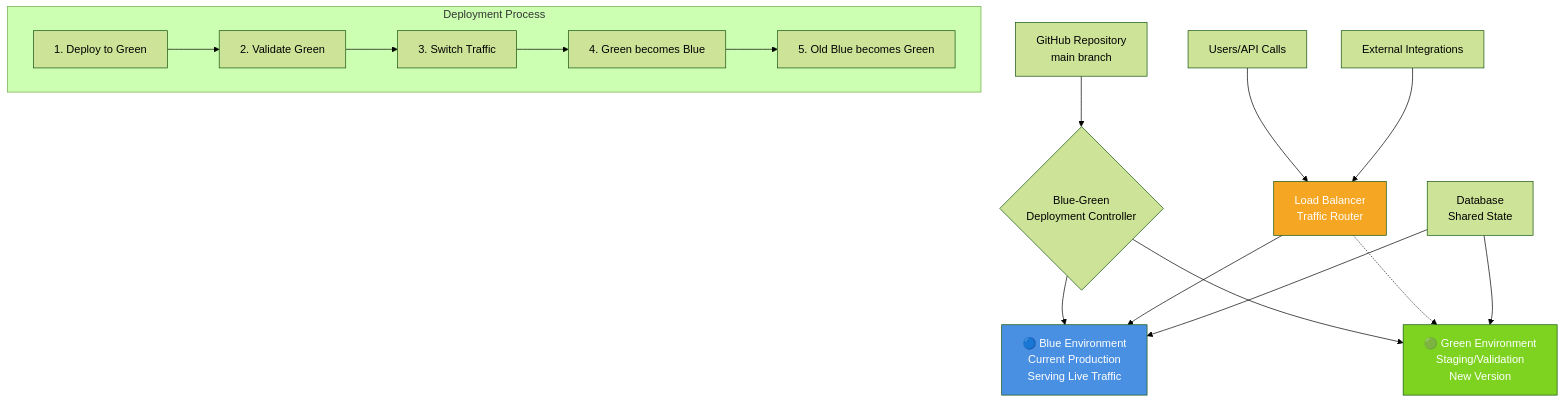
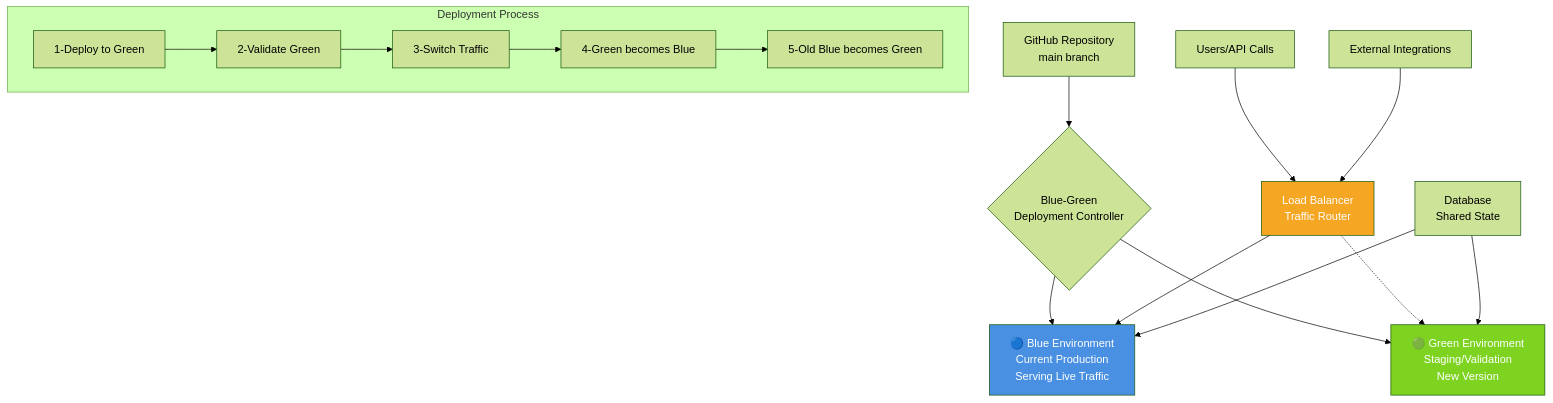
Before and after one commit to alcabon/SFDX-Hardis-demo: the first of 4 diagrams in blue_green_global.md, drawn with Mermaid (forest theme).

````diff
--- a/blue_green_global.md
+++ b/blue_green_global.md
@@ -6,28 +6,28 @@
 ```mermaid
 graph TD
     A[GitHub Repository<br/>main branch] --> B{Blue-Green<br/>Deployment Controller}
     
     B --> C[🔵 Blue Environment<br/>Current Production<br/>Serving Live Traffic]
     B --> D[🟢 Green Environment<br/>Staging/Validation<br/>New Version]
     
     E[Load Balancer<br/>Traffic Router] --> C
     E -.-> D
     
     F[Users/API Calls] --> E
     
     G[Database<br/>Shared State] --> C
     G --> D
     
     H[External Integrations] --> E
     
     subgraph "Deployment Process"
-        I[1. Deploy to Green] --> J[2. Validate Green]
-        J --> K[3. Switch Traffic]
-        K --> L[4. Green becomes Blue]
-        L --> M[5. Old Blue becomes Green]
+        I[1-Deploy to Green] --> J[2-Validate Green]
+        J --> K[3-Switch Traffic]
+        K --> L[4-Green becomes Blue]
+        L --> M[5-Old Blue becomes Green]
     end
     
     style C fill:#4A90E2,color:#fff
     style D fill:#7ED321,color:#fff
     style E fill:#F5A623,color:#fff
 ```
````
